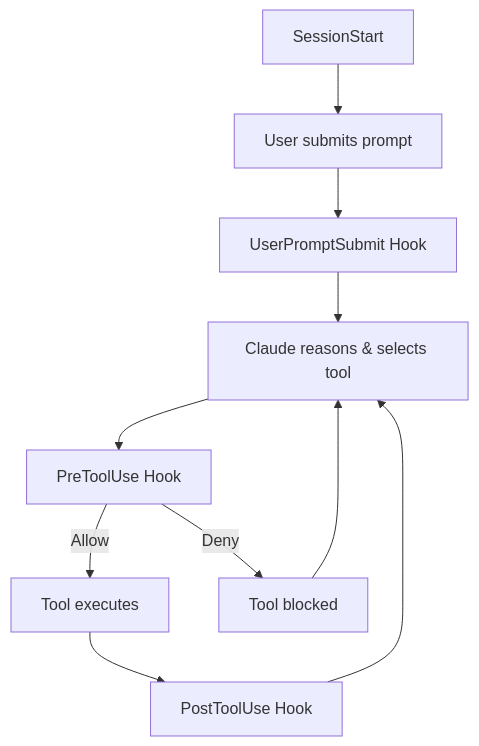
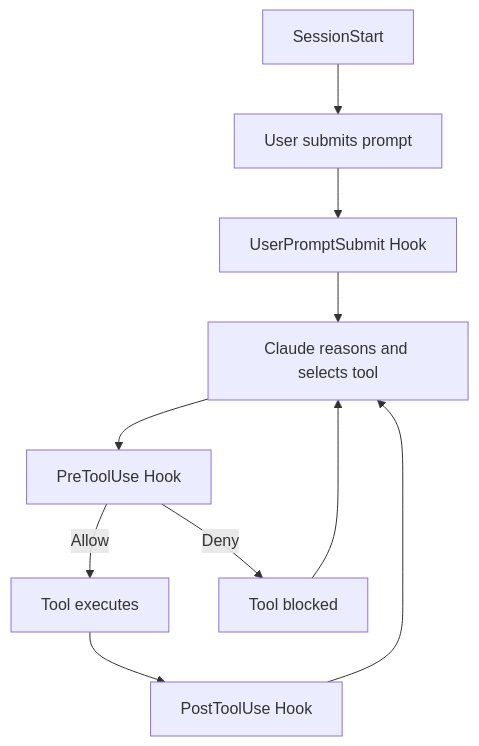
Before and after one commit to millsks/claude-code-primer: the fifth of 10 diagrams in docs/claude_code_complete_guide.md, drawn with Mermaid. The commit also changed other lines of this file, not shown here.

Commit message:
docs: improve clarity and consistency in diagrams and dialogue throughout the guide

````diff
--- a/docs/claude_code_complete_guide.md
+++ b/docs/claude_code_complete_guide.md
@@ -1625,12 +1625,12 @@
 ```mermaid
 graph TB
     A[SessionStart] --> B[User submits prompt]
     B --> C[UserPromptSubmit Hook]
-    C --> D[Claude reasons & selects tool]
+    C --> D[Claude reasons and selects tool]
     D --> E[PreToolUse Hook]
     E -->|Allow| F[Tool executes]
     E -->|Deny| G[Tool blocked]
     F --> H[PostToolUse Hook]
     H --> D
     G --> D
 ```
````
